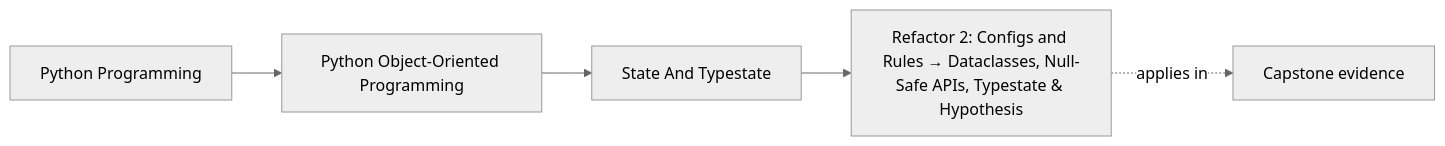
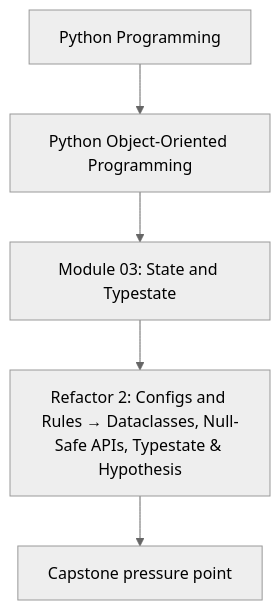
Before and after one commit to bijux/bijux-masterclass: the first of 2 diagrams in programs/python-programming/python-object-oriented-programming/course-book/module-03-state-and-typestate/refactor-dataclasses-null-safety-and-typestate.md, drawn with Mermaid (neutral theme). The commit also changed other lines of this file and 107 other files, not shown here.

Commit message:
docs(python-object-oriented-programming): align concept page diagrams

````diff
--- a/programs/python-programming/python-object-oriented-programming/course-book/module-03-state-and-typestate/refactor-dataclasses-null-safety-and-typestate.md
+++ b/programs/python-programming/python-object-oriented-programming/course-book/module-03-state-and-typestate/refactor-dataclasses-null-safety-and-typestate.md
@@ -7,11 +7,7 @@
 ```mermaid
-graph LR
-  family["Python Programming"]
-  program["Python Object-Oriented Programming"]
-  section["State And Typestate"]
-  page["Refactor 2: Configs and Rules → Dataclasses, Null-Safe APIs, Typestate & Hypothesis"]
-  capstone["Capstone evidence"]
-
-  family --> program --> section --> page
-  page -.applies in.-> capstone
+flowchart TD
+  family["Python Programming"] --> program["Python Object-Oriented Programming"]
+  program --> module["Module 03: State and Typestate"]
+  module --> concept["Refactor 2: Configs and Rules → Dataclasses, Null-Safe APIs, Typestate & Hypothesis"]
+  concept --> capstone["Capstone pressure point"]
 ```
````
